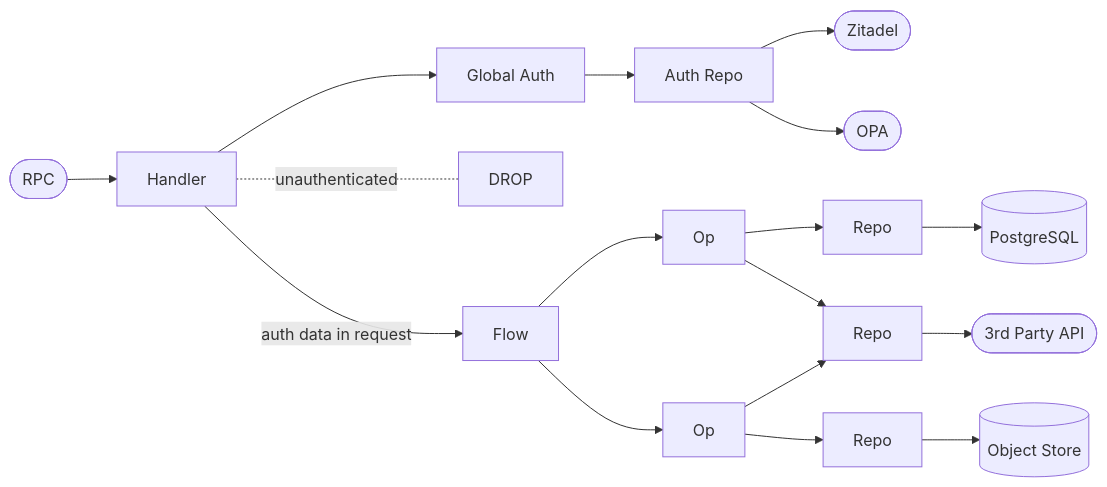
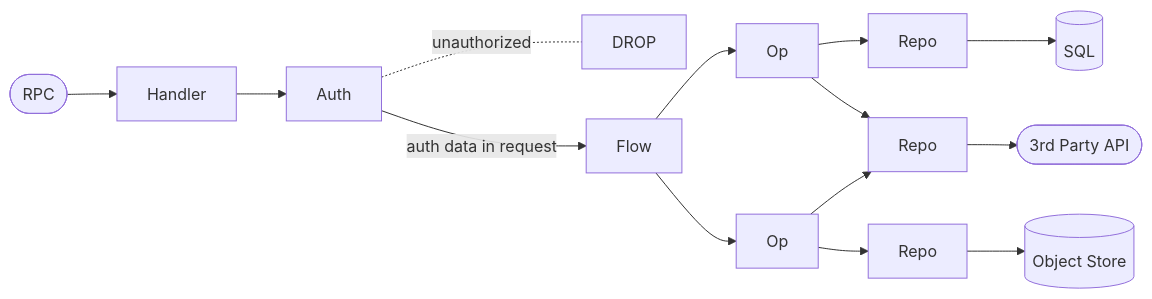
Before and after one commit to corewood-tech/rootstock: the first of 3 diagrams in README.md, drawn with Mermaid. The commit also changed other lines of this file and 49 other files, not shown here.

````diff
--- a/README.md
+++ b/README.md
@@ -50,19 +71,16 @@
 ```mermaid
 graph LR
     RPC([RPC]) --> Handler
-    Handler --> Global[Global Auth]
-    Global --> AuthRepo[Auth Repo]
-    AuthRepo --> Zitadel([Zitadel])
-    AuthRepo --> OPA([OPA])
-    Handler -.-|unauthenticated| Drop[DROP]
-    Handler -->|auth data in request| Flow
+    Handler --> Auth
+    Auth -.-|unauthorized| Drop[DROP]
+    Auth -->|auth data in request| Flow
     Flow --> Op1[Op]
     Flow --> Op2[Op]
     Op1 --> Repo1[Repo]
     Op1 --> Repo2[Repo]
     Op2 --> Repo2
     Op2 --> Repo3[Repo]
-    Repo1 --> DB[(PostgreSQL)]
+    Repo1 --> DB[(SQL)]
     Repo2 --> API([3rd Party API])
     Repo3 --> ObjStore[(Object Store)]
 ```
````
